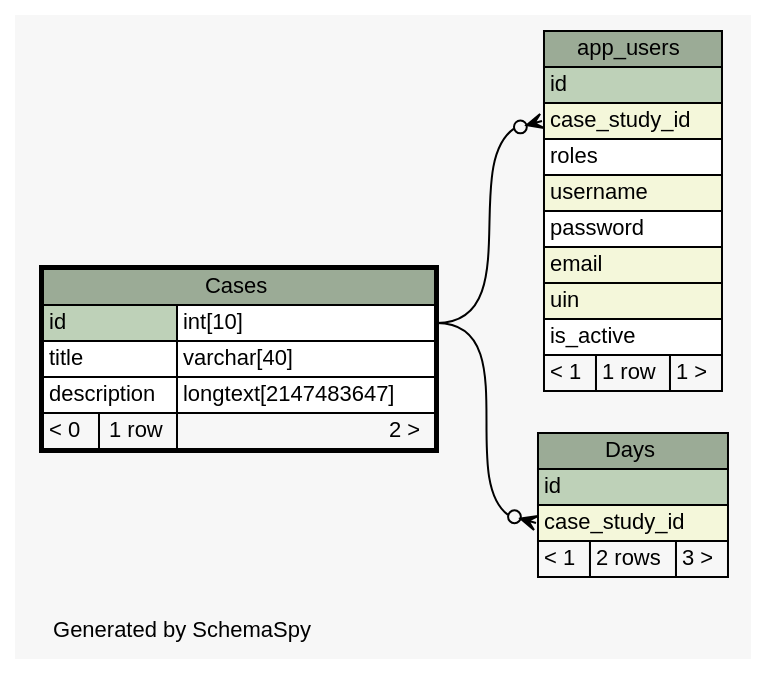
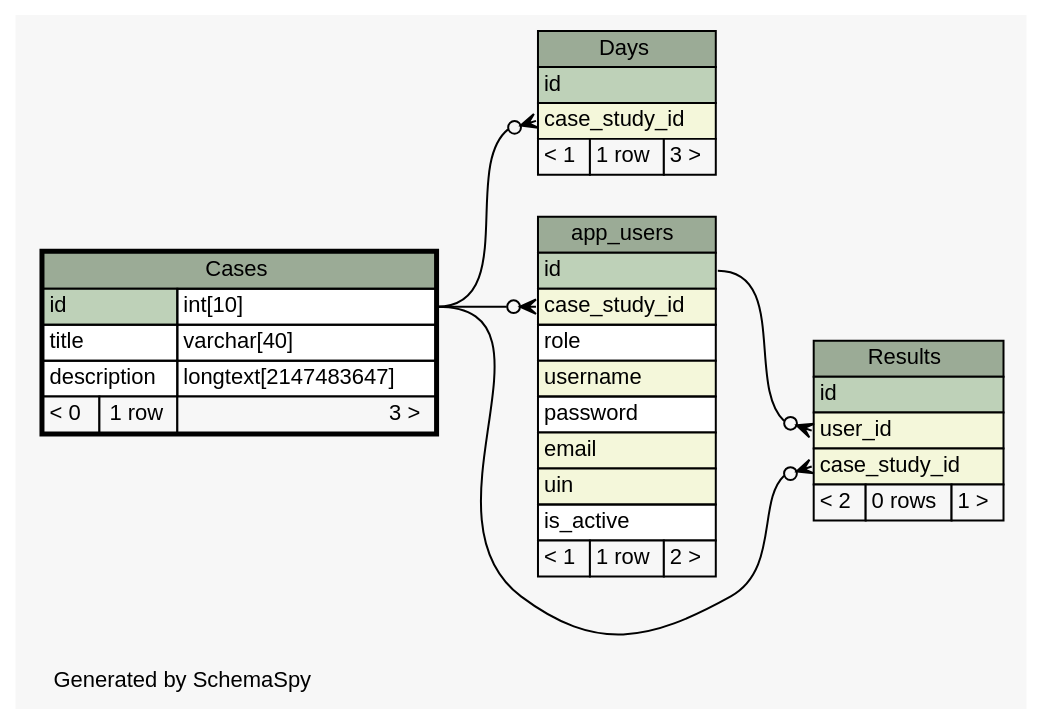
Before and after one commit to carrel2/CaseStudies: the diagram in web/files/schema/diagrams/Cases.1degree.dot, drawn with Graphviz. The commit also changed 175 other files, not shown here.

Commit message:
Create Results object to store completed cases in the database

```diff
--- a/web/files/schema/diagrams/Cases.1degree.dot
+++ b/web/files/schema/diagrams/Cases.1degree.dot
@@ -1,64 +1,78 @@
-// dot 2.38.0 on Linux 4.4.0-64-generic
+// dot 2.38.0 on Linux 4.4.0-66-generic
 // SchemaSpy rev 590
 digraph "oneDegreeRelationshipsDiagram" {
   graph [
     rankdir="RL"
     bgcolor="#f7f7f7"
     label="\nGenerated by SchemaSpy"
     labeljust="l"
     nodesep="0.18"
     ranksep="0.46"
     fontname="Helvetica"
     fontsize="11"
   ];
   node [
     fontname="Helvetica"
     fontsize="11"
     shape="plaintext"
   ];
   edge [
     arrowsize="0.8"
   ];
   "app_users":"case_study_id":w -> "Cases":"id.type":e [arrowhead=none dir=back arrowtail=crowodot];
   "Days":"case_study_id":w -> "Cases":"id.type":e [arrowhead=none dir=back arrowtail=crowodot];
+  "Results":"case_study_id":w -> "Cases":"id.type":e [arrowhead=none dir=back arrowtail=crowodot];
+  "Results":"user_id":w -> "app_users":"id":e [arrowhead=none dir=back arrowtail=crowodot];
   "app_users" [
     label=<
     <TABLE BORDER="0" CELLBORDER="1" CELLSPACING="0" BGCOLOR="#ffffff">
       <TR><TD COLSPAN="3" BGCOLOR="#9bab96" ALIGN="CENTER">app_users</TD></TR>
       <TR><TD PORT="id" COLSPAN="3" BGCOLOR="#bed1b8" ALIGN="LEFT">id</TD></TR>
       <TR><TD PORT="case_study_id" COLSPAN="3" BGCOLOR="#f4f7da" ALIGN="LEFT">case_study_id</TD></TR>
-      <TR><TD PORT="roles" COLSPAN="3" ALIGN="LEFT">roles</TD></TR>
+      <TR><TD PORT="role" COLSPAN="3" ALIGN="LEFT">role</TD></TR>
       <TR><TD PORT="username" COLSPAN="3" BGCOLOR="#f4f7da" ALIGN="LEFT">username</TD></TR>
       <TR><TD PORT="password" COLSPAN="3" ALIGN="LEFT">password</TD></TR>
       <TR><TD PORT="email" COLSPAN="3" BGCOLOR="#f4f7da" ALIGN="LEFT">email</TD></TR>
       <TR><TD PORT="uin" COLSPAN="3" BGCOLOR="#f4f7da" ALIGN="LEFT">uin</TD></TR>
       <TR><TD PORT="is_active" COLSPAN="3" ALIGN="LEFT">is_active</TD></TR>
-      <TR><TD ALIGN="LEFT" BGCOLOR="#f7f7f7">&lt; 1</TD><TD ALIGN="RIGHT" BGCOLOR="#f7f7f7">1 row</TD><TD ALIGN="RIGHT" BGCOLOR="#f7f7f7">1 &gt;</TD></TR>
+      <TR><TD ALIGN="LEFT" BGCOLOR="#f7f7f7">&lt; 1</TD><TD ALIGN="RIGHT" BGCOLOR="#f7f7f7">1 row</TD><TD ALIGN="RIGHT" BGCOLOR="#f7f7f7">2 &gt;</TD></TR>
     </TABLE>>
     URL="app_users.html"
     tooltip="app_users"
   ];
   "Cases" [
     label=<
     <TABLE BORDER="2" CELLBORDER="1" CELLSPACING="0" BGCOLOR="#ffffff">
       <TR><TD COLSPAN="3" BGCOLOR="#9bab96" ALIGN="CENTER">Cases</TD></TR>
       <TR><TD PORT="id" COLSPAN="2" BGCOLOR="#bed1b8" ALIGN="LEFT">id</TD><TD PORT="id.type" ALIGN="LEFT">int[10]</TD></TR>
       <TR><TD PORT="title" COLSPAN="2" ALIGN="LEFT">title</TD><TD PORT="title.type" ALIGN="LEFT">varchar[40]</TD></TR>
       <TR><TD PORT="description" COLSPAN="2" ALIGN="LEFT">description</TD><TD PORT="description.type" ALIGN="LEFT">longtext[2147483647]</TD></TR>
-      <TR><TD ALIGN="LEFT" BGCOLOR="#f7f7f7">&lt; 0</TD><TD ALIGN="RIGHT" BGCOLOR="#f7f7f7">1 row</TD><TD ALIGN="RIGHT" BGCOLOR="#f7f7f7">2 &gt;</TD></TR>
+      <TR><TD ALIGN="LEFT" BGCOLOR="#f7f7f7">&lt; 0</TD><TD ALIGN="RIGHT" BGCOLOR="#f7f7f7">1 row</TD><TD ALIGN="RIGHT" BGCOLOR="#f7f7f7">3 &gt;</TD></TR>
     </TABLE>>
     URL="Cases.html"
     tooltip="Cases"
   ];
   "Days" [
     label=<
     <TABLE BORDER="0" CELLBORDER="1" CELLSPACING="0" BGCOLOR="#ffffff">
       <TR><TD COLSPAN="3" BGCOLOR="#9bab96" ALIGN="CENTER">Days</TD></TR>
       <TR><TD PORT="id" COLSPAN="3" BGCOLOR="#bed1b8" ALIGN="LEFT">id</TD></TR>
       <TR><TD PORT="case_study_id" COLSPAN="3" BGCOLOR="#f4f7da" ALIGN="LEFT">case_study_id</TD></TR>
-      <TR><TD ALIGN="LEFT" BGCOLOR="#f7f7f7">&lt; 1</TD><TD ALIGN="RIGHT" BGCOLOR="#f7f7f7">2 rows</TD><TD ALIGN="RIGHT" BGCOLOR="#f7f7f7">3 &gt;</TD></TR>
+      <TR><TD ALIGN="LEFT" BGCOLOR="#f7f7f7">&lt; 1</TD><TD ALIGN="RIGHT" BGCOLOR="#f7f7f7">1 row</TD><TD ALIGN="RIGHT" BGCOLOR="#f7f7f7">3 &gt;</TD></TR>
     </TABLE>>
     URL="Days.html"
     tooltip="Days"
   ];
+  "Results" [
+    label=<
+    <TABLE BORDER="0" CELLBORDER="1" CELLSPACING="0" BGCOLOR="#ffffff">
+      <TR><TD COLSPAN="3" BGCOLOR="#9bab96" ALIGN="CENTER">Results</TD></TR>
+      <TR><TD PORT="id" COLSPAN="3" BGCOLOR="#bed1b8" ALIGN="LEFT">id</TD></TR>
+      <TR><TD PORT="user_id" COLSPAN="3" BGCOLOR="#f4f7da" ALIGN="LEFT">user_id</TD></TR>
+      <TR><TD PORT="case_study_id" COLSPAN="3" BGCOLOR="#f4f7da" ALIGN="LEFT">case_study_id</TD></TR>
+      <TR><TD ALIGN="LEFT" BGCOLOR="#f7f7f7">&lt; 2</TD><TD ALIGN="RIGHT" BGCOLOR="#f7f7f7">0 rows</TD><TD ALIGN="RIGHT" BGCOLOR="#f7f7f7">1 &gt;</TD></TR>
+    </TABLE>>
+    URL="Results.html"
+    tooltip="Results"
+  ];
 }
```
